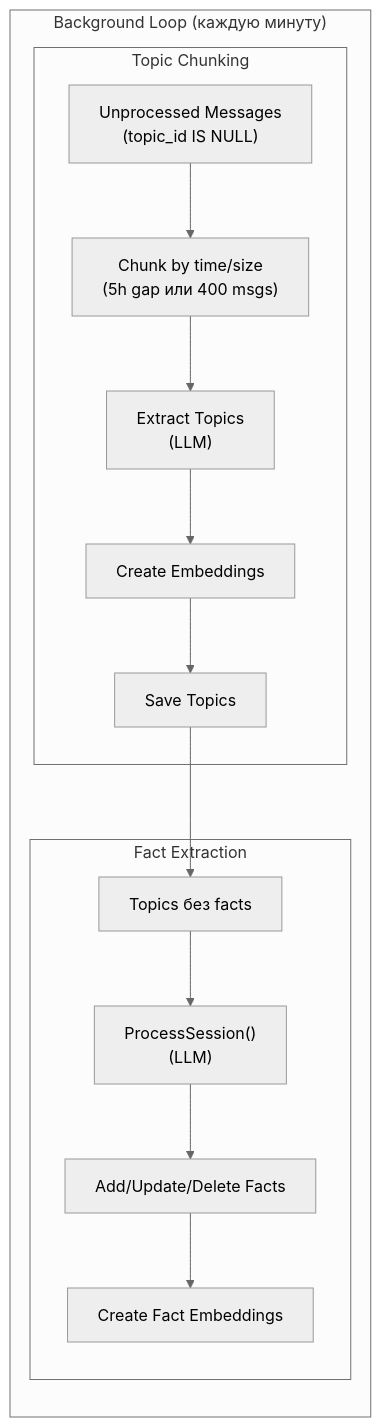
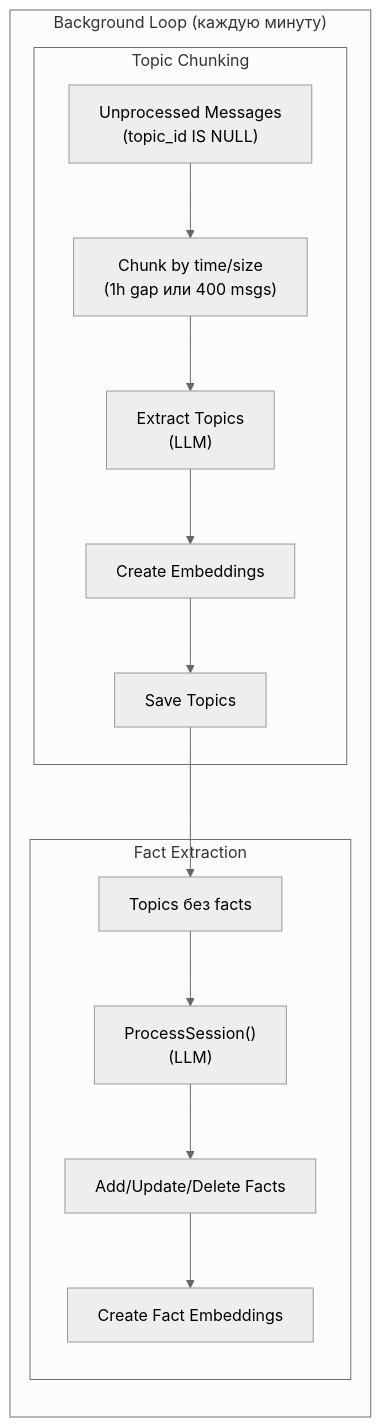
The second of 4 diagrams in docs/architecture/message-processing-flow.md (runixer/laplaced), drawn with Mermaid (neutral theme) before and after one commit. The commit also changed other lines of this file and 16 other files, not shown here.

````diff
--- a/docs/architecture/message-processing-flow.md
+++ b/docs/architecture/message-processing-flow.md
@@ -74,24 +79,24 @@
 ```mermaid
 flowchart TB
     subgraph bg["Background Loop (каждую минуту)"]
         direction TB
 
         subgraph chunk["Topic Chunking"]
             UM["Unprocessed Messages<br/>(topic_id IS NULL)"]
-            CH["Chunk by time/size<br/>(5h gap или 400 msgs)"]
+            CH["Chunk by time/size<br/>(1h gap или 400 msgs)"]
             TE["Extract Topics<br/>(LLM)"]
             EMB["Create Embeddings"]
             SAVE["Save Topics"]
         end
 
         subgraph facts["Fact Extraction"]
             TF["Topics без facts"]
             PS["ProcessSession()<br/>(LLM)"]
             UPD["Add/Update/Delete Facts"]
             FEMB["Create Fact Embeddings"]
         end
     end
 
     UM --> CH --> TE --> EMB --> SAVE
     SAVE --> TF --> PS --> UPD --> FEMB
 ```
````
